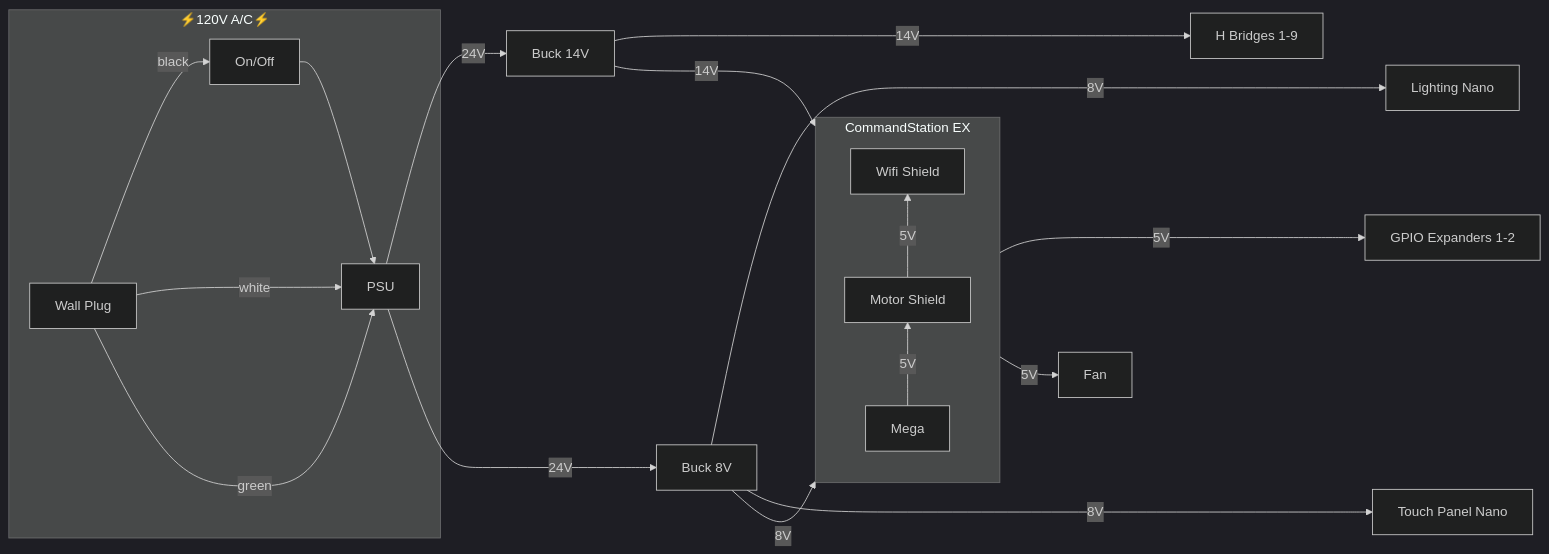
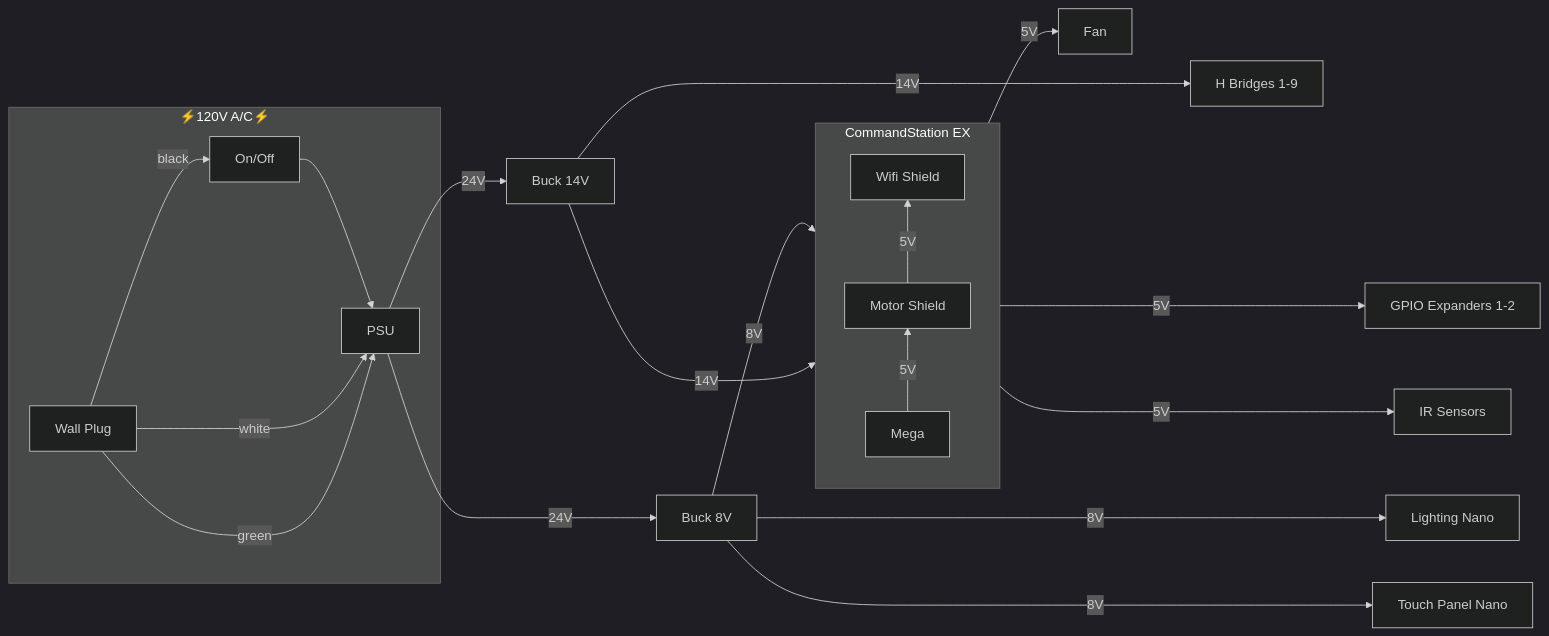
The first of 4 diagrams in README.md (kmltechio/lumber_district), drawn with Mermaid (dark theme) before and after one commit. The commit also changed other lines of this file, not shown here.

````diff
--- a/README.md
+++ b/README.md
@@ -38,31 +38,32 @@
 ```mermaid
 flowchart LR
   subgraph ac ["⚡️120V A/C⚡️"]
     P120[Wall Plug]
     Pswitch[On/Off]
     PSU
     end
   P120 -->|black| Pswitch --> PSU
   P120 -->|white| PSU
   P120 -->|green| PSU
   Buck14[Buck 14V]
   Buck8[Buck 8V]
   PSU -->|24V| Buck14 & Buck8
   subgraph CmdStn[CommandStation EX]
     direction BT
     Mega
     Motor[Motor Shield]
     WiFi[Wifi Shield]
     Mega -->|5V| Motor -->|5V| WiFi
     end
   Lights[Lighting Nano]
   Touch[Touch Panel Nano]
   Gpio["GPIO Expanders 1-2"]
   HBridge["H Bridges 1-9"]
+  IRSensors[IR Sensors]
   Buck8 -->|8V| Mega
   Buck8 ----->|8V| Lights & Touch
   Buck14 ----->|14V| HBridge
   Buck14 --->|14V| Motor
-  Mega ---->|5V| Gpio
+  Mega ---->|5V| Gpio & IRSensors
   Mega -->|5V| Fan
 ```
````
